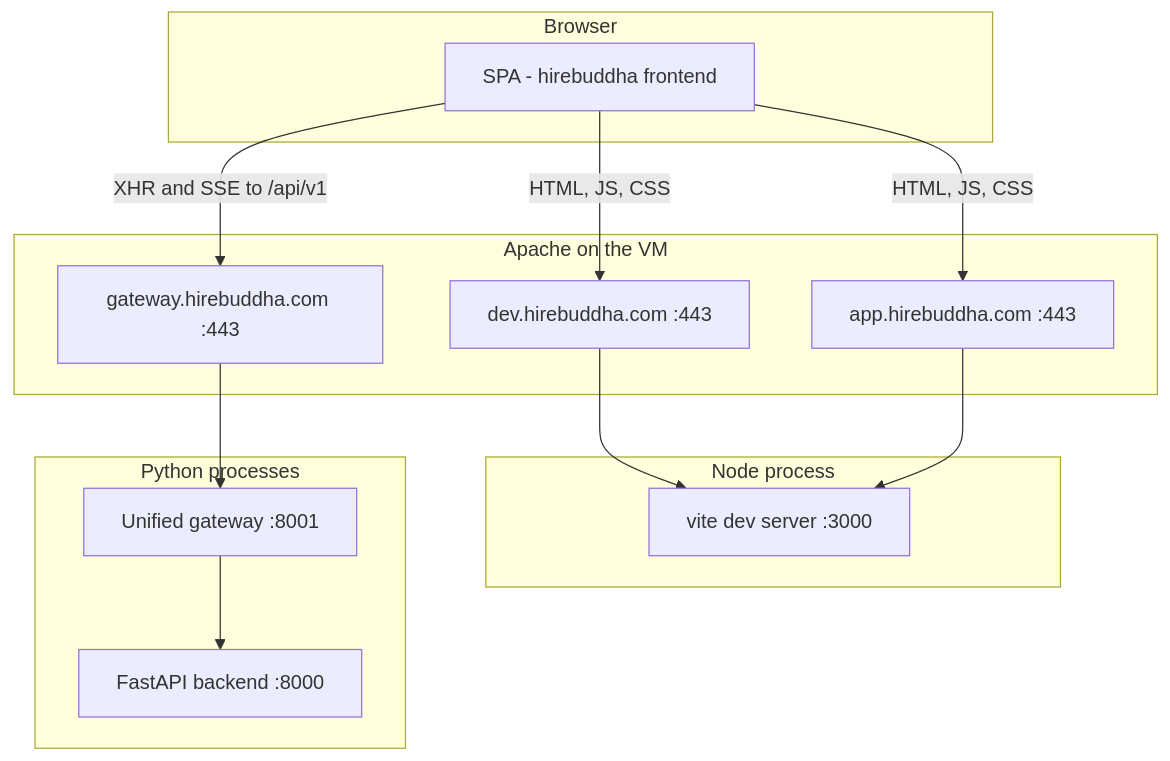
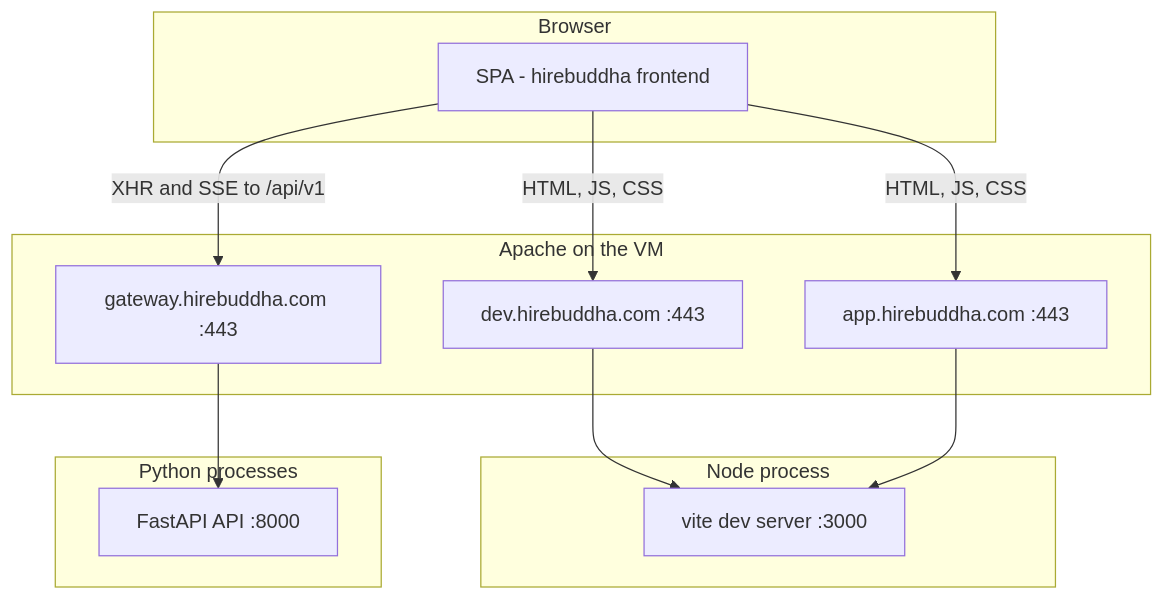
One commit to gondolerahul/hire-buddha-app changed the second of 26 diagrams in docs/current/16-frontend.md. Above: the diagram before and after it, drawn with Mermaid. The commit also changed 61 other files, not shown here.

````diff
--- a/docs/current/16-frontend.md
+++ b/docs/current/16-frontend.md
@@ -213,26 +213,24 @@
 ```mermaid
 graph TB
     subgraph Browser["Browser"]
         B["SPA - hirebuddha frontend"]
     end
     subgraph Edge["Apache on the VM"]
         A1["dev.hirebuddha.com :443"]
         A2["app.hirebuddha.com :443"]
         A3["gateway.hirebuddha.com :443"]
     end
     subgraph Node["Node process"]
         V["vite dev server :3000"]
     end
     subgraph Api["Python processes"]
-        G["Unified gateway :8001"]
-        BE["FastAPI backend :8000"]
+        BE["FastAPI API :8000"]
     end
 
     B -->|"HTML, JS, CSS"| A1
     B -->|"HTML, JS, CSS"| A2
     A1 --> V
     A2 --> V
     B -->|"XHR and SSE to /api/v1"| A3
-    A3 --> G
-    G --> BE
+    A3 --> BE
 ```
````
